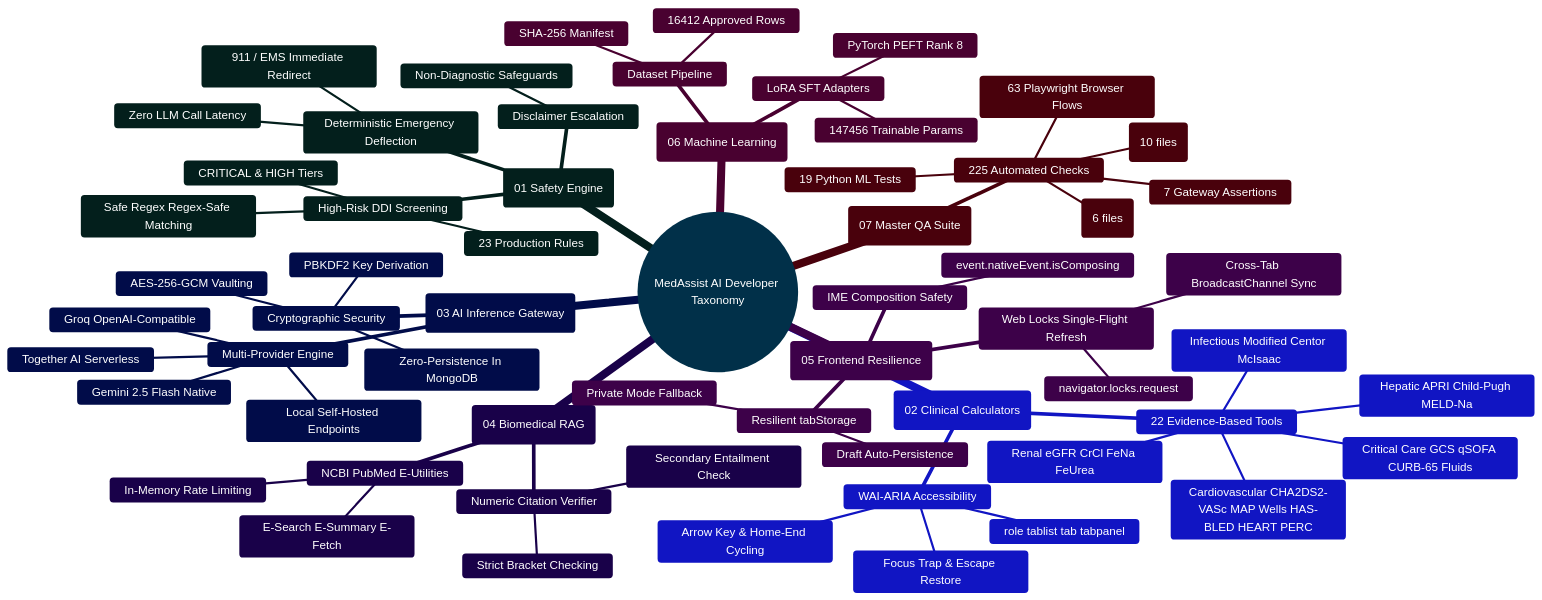
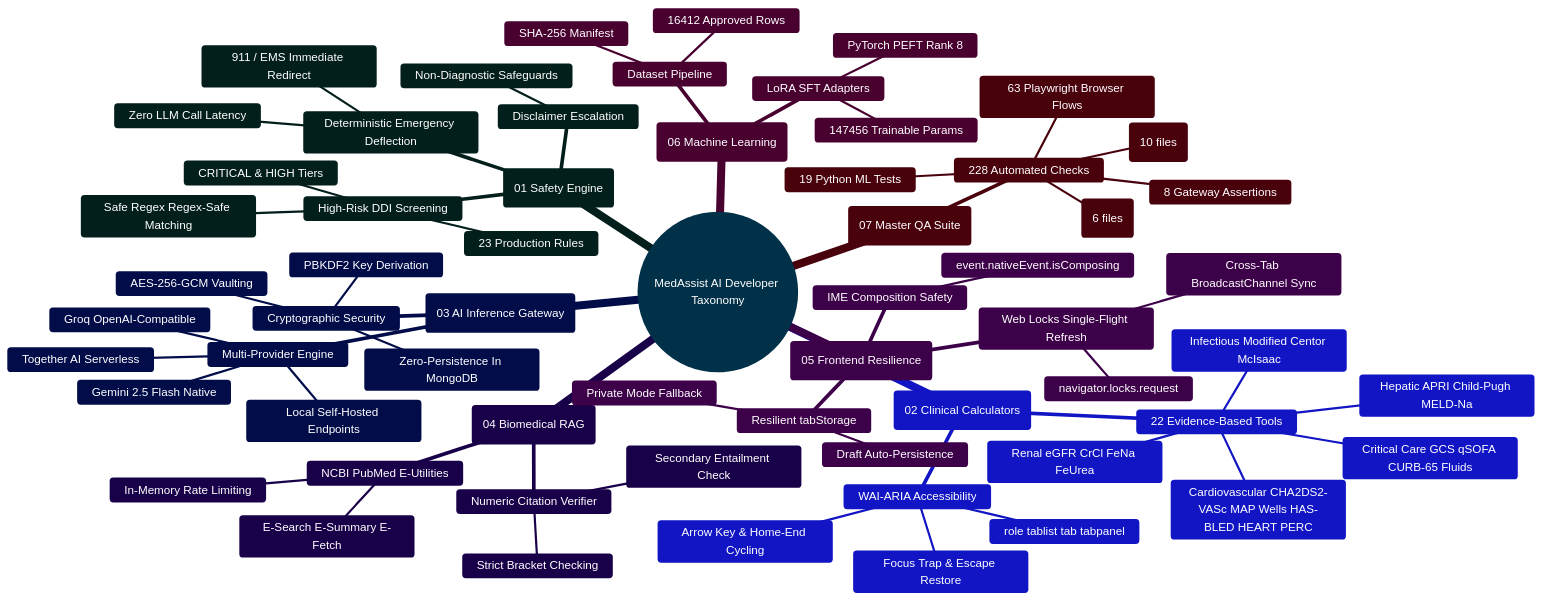
Before and after one commit to Ganesh172919/React-App-LLM: the diagram in docs/DEVELOPER_EXTENSION_AND_ONBOARDING_GUIDE.md, drawn with Mermaid. The commit also changed other lines of this file and 32 other files, not shown here.

````diff
--- a/docs/DEVELOPER_EXTENSION_AND_ONBOARDING_GUIDE.md
+++ b/docs/DEVELOPER_EXTENSION_AND_ONBOARDING_GUIDE.md
@@ -22,74 +22,74 @@
 ```mermaid
 %%{init: {'theme': 'base', 'themeVariables': { 'primaryColor': '#0284c7', 'primaryTextColor': '#ffffff', 'primaryBorderColor': '#0369a1', 'lineColor': '#0284c7', 'secondaryColor': '#0d9488', 'tertiaryColor': '#6366f1' }}}%%
 mindmap
   root((MedAssist AI Developer Taxonomy))
     ::icon(fa fa-code-branch)
     (01 Safety Engine)
       ::icon(fa fa-shield-virus)
       High-Risk DDI Screening
         23 Production Rules
         Safe Regex Regex-Safe Matching
         CRITICAL & HIGH Tiers
       Deterministic Emergency Deflection
         911 / EMS Immediate Redirect
         Zero LLM Call Latency
       Disclaimer Escalation
         Non-Diagnostic Safeguards
     (02 Clinical Calculators)
       ::icon(fa fa-calculator)
       22 Evidence-Based Tools
         Renal eGFR CrCl FeNa FeUrea
         Cardiovascular CHA2DS2-VASc MAP Wells HAS-BLED HEART PERC
         Critical Care GCS qSOFA CURB-65 Fluids
         Hepatic APRI Child-Pugh MELD-Na
         Infectious Modified Centor McIsaac
       WAI-ARIA Accessibility
         role tablist tab tabpanel
         Arrow Key & Home-End Cycling
         Focus Trap & Escape Restore
     (03 AI Inference Gateway)
       ::icon(fa fa-brain)
       Multi-Provider Engine
         Gemini 2.5 Flash Native
         Groq OpenAI-Compatible
         Together AI Serverless
         Local Self-Hosted Endpoints
       Cryptographic Security
         AES-256-GCM Vaulting
         PBKDF2 Key Derivation
         Zero-Persistence In MongoDB
     (04 Biomedical RAG)
       ::icon(fa fa-book-medical)
       NCBI PubMed E-Utilities
         E-Search E-Summary E-Fetch
         In-Memory Rate Limiting
       Numeric Citation Verifier
         Strict Bracket Checking
         Secondary Entailment Check
     (05 Frontend Resilience)
       ::icon(fa fa-desktop)
       Web Locks Single-Flight Refresh
         navigator.locks.request
         Cross-Tab BroadcastChannel Sync
       Resilient tabStorage
         Private Mode Fallback
         Draft Auto-Persistence
       IME Composition Safety
         event.nativeEvent.isComposing
     (06 Machine Learning)
       ::icon(fa fa-dna)
       Dataset Pipeline
         16412 Approved Rows
         SHA-256 Manifest
       LoRA SFT Adapters
         147456 Trainable Params
         PyTorch PEFT Rank 8
     (07 Master QA Suite)
       ::icon(fa fa-check-double)
-      225 Automated Checks
+      228 Automated Checks
         77 Backend Tests (10 files)
-        59 Frontend Vitest Tests (6 files)
+        61 Frontend Vitest Tests (6 files)
         19 Python ML Tests
-        7 Gateway Assertions
+        8 Gateway Assertions
         63 Playwright Browser Flows
 ```
````
